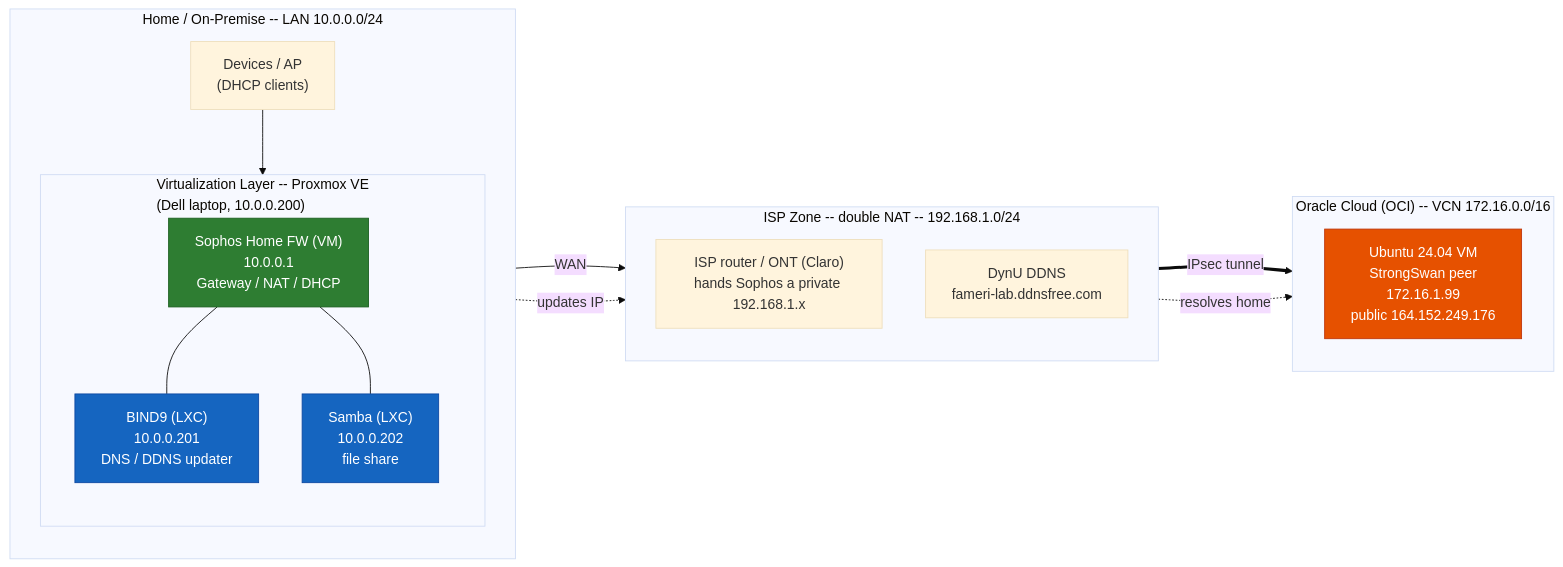
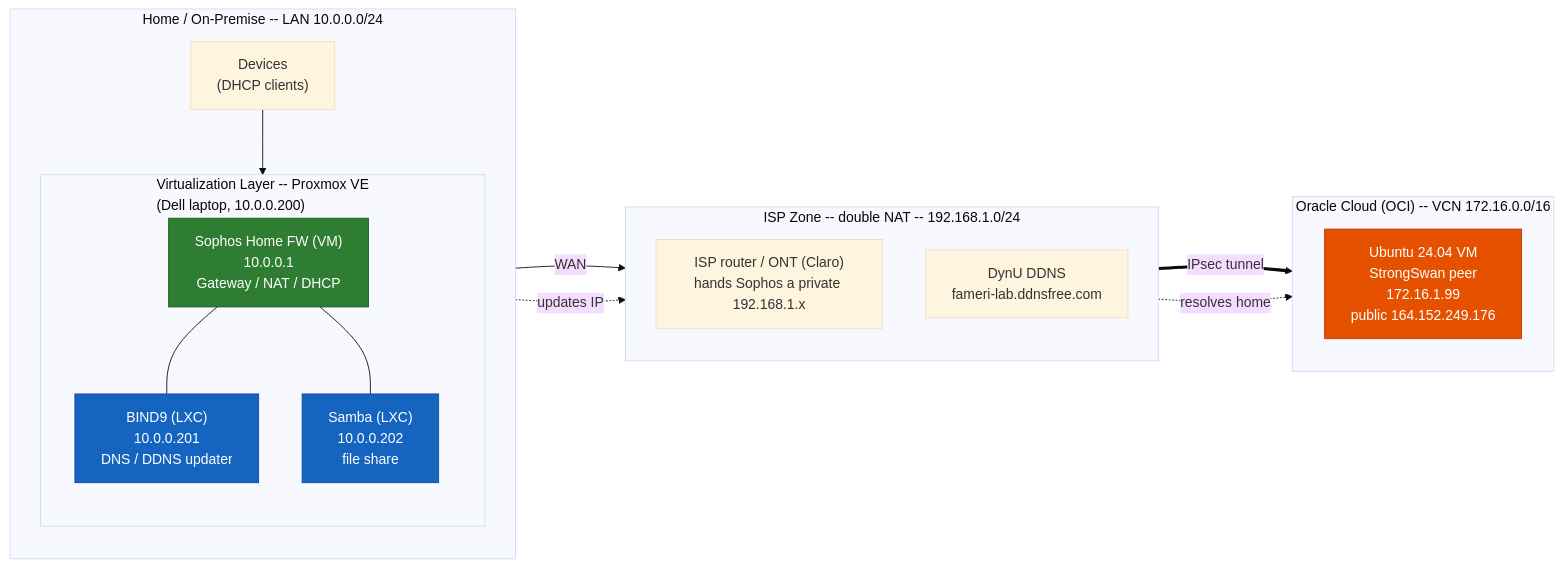
One commit to francoameri/home-lab changed the diagram in README.md. Above: the diagram before and after it, drawn with Mermaid (base theme).

````diff
--- a/README.md
+++ b/README.md
@@ -55,39 +55,39 @@
 ```mermaid
 flowchart LR
     subgraph HOME["Home / On-Premise -- LAN 10.0.0.0/24"]
         direction TB
-        DEV["Devices / AP<br/>(DHCP clients)"]
+        DEV["Devices<br/>(DHCP clients)"]
         subgraph VIRT["Virtualization Layer -- Proxmox VE<br/>(Dell laptop, 10.0.0.200)"]
             direction TB
             SOPHOS["Sophos Home FW (VM)<br/>10.0.0.1<br/>Gateway / NAT / DHCP"]
             BIND["BIND9 (LXC)<br/>10.0.0.201<br/>DNS / DDNS updater"]
             SAMBA["Samba (LXC)<br/>10.0.0.202<br/>file share"]
         end
         DEV --> SOPHOS
         SOPHOS --- BIND
         SOPHOS --- SAMBA
     end
 
     subgraph ISPZONE["ISP Zone -- double NAT -- 192.168.1.0/24"]
         direction TB
         ONT["ISP router / ONT (Claro)<br/>hands Sophos a private 192.168.1.x"]
         DYNU["DynU DDNS<br/>fameri-lab.ddnsfree.com"]
     end
 
     subgraph CLOUD["Oracle Cloud (OCI) -- VCN 172.16.0.0/16"]
         direction TB
         UBUNTU["Ubuntu 24.04 VM<br/>StrongSwan peer<br/>172.16.1.99<br/>public 164.152.249.176"]
     end
 
     SOPHOS -->|WAN| ONT
     BIND -.->|updates IP| DYNU
     ONT ==>|IPsec tunnel| UBUNTU
     DYNU -.->|resolves home| UBUNTU
 
     classDef fw fill:#2e7d32,stroke:#1b5e20,color:#fff
     classDef svc fill:#1565c0,stroke:#0d47a1,color:#fff
     classDef cloud fill:#e65100,stroke:#bf360c,color:#fff
     class SOPHOS fw
     class BIND,SAMBA svc
     class UBUNTU cloud
 ```
````
